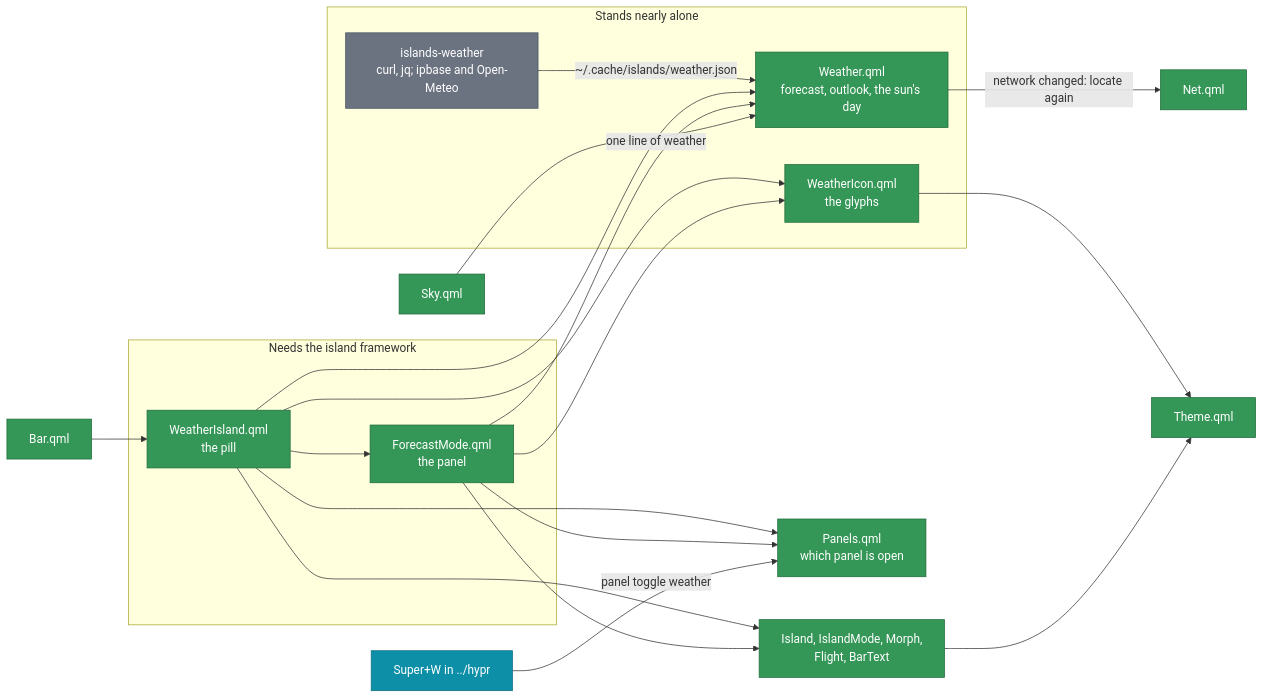
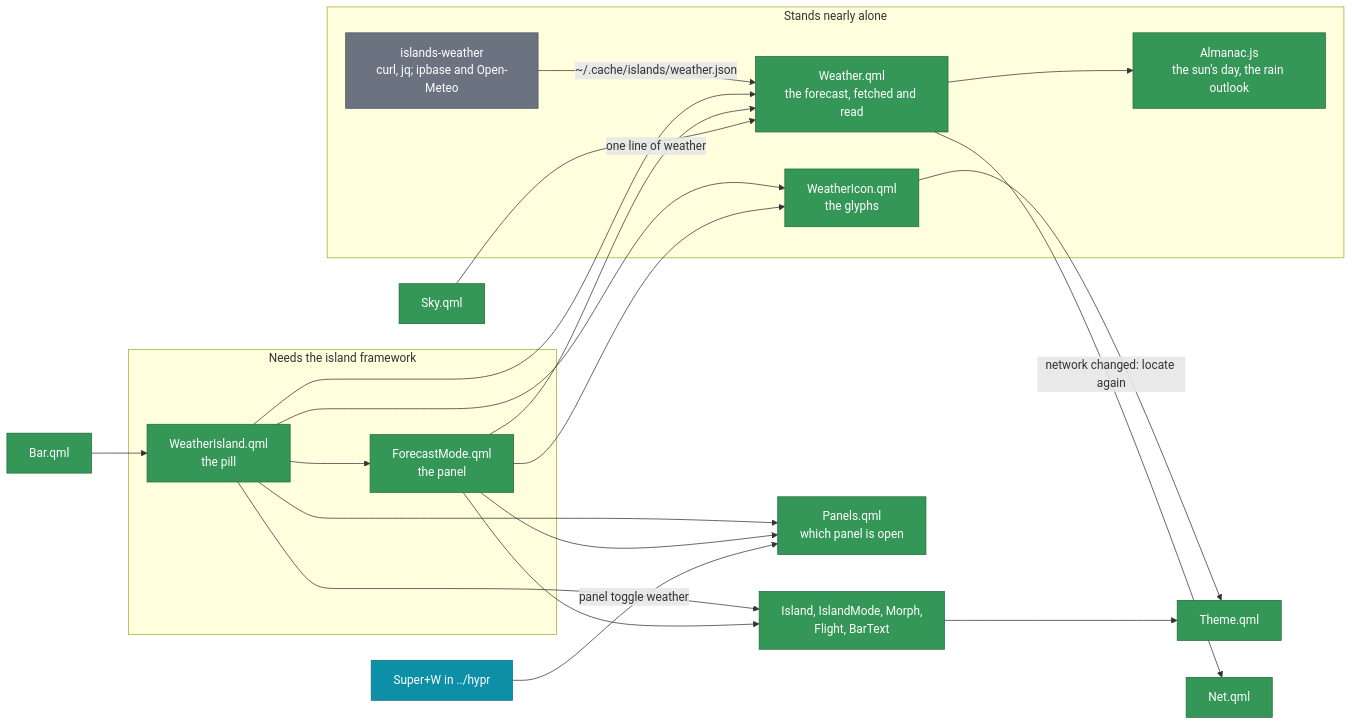
One commit to EricWardner/nix-config changed the second of 2 diagrams in modules/hm/wms/islands/README.md. Above: the diagram before and after it, drawn with Mermaid. The commit also changed other lines of this file and 4 other files, not shown here.

````diff
--- a/modules/hm/wms/islands/README.md
+++ b/modules/hm/wms/islands/README.md
@@ -139,45 +139,47 @@
 ```mermaid
 flowchart LR
   subgraph data["Stands nearly alone"]
     script["islands-weather<br/>curl, jq; ipbase and Open-Meteo"]
-    weather["Weather.qml<br/>forecast, outlook, the sun's day"]
+    weather["Weather.qml<br/>the forecast, fetched and read"]
+    almanac["Almanac.js<br/>the sun's day, the rain outlook"]
     icon["WeatherIcon.qml<br/>the glyphs"]
   end
 
   subgraph look["Needs the island framework"]
     pill["WeatherIsland.qml<br/>the pill"]
     panel["ForecastMode.qml<br/>the panel"]
   end
 
   frame["Island, IslandMode, Morph,<br/>Flight, BarText"]
   theme["Theme.qml"]
   panels["Panels.qml<br/>which panel is open"]
   net["Net.qml"]
   bar["Bar.qml"]
   sky["Sky.qml"]
   bind["Super+W in ../hypr"]
 
   script -- "~/.cache/islands/weather.json" --> weather
+  weather --> almanac
   weather -- "network changed: locate again" --> net
   icon --> theme
   pill --> weather
   pill --> icon
   pill --> panel
   panel --> weather
   panel --> icon
   pill --> frame
   panel --> frame
   pill --> panels
   panel --> panels
   frame --> theme
   bar --> pill
   sky -- "one line of weather" --> weather
   bind -- "panel toggle weather" --> panels
 
   classDef qml fill:#359757,stroke:#1f6b3a,color:#fff
   classDef glue fill:#6b7280,stroke:#4b5563,color:#fff
   classDef hyprLang fill:#0e8fa8,stroke:#0b6e82,color:#fff
-  class weather,icon,pill,panel,frame,theme,panels,net,bar,sky qml
+  class weather,almanac,icon,pill,panel,frame,theme,panels,net,bar,sky qml
   class script glue
   class bind hyprLang
 ```
````
